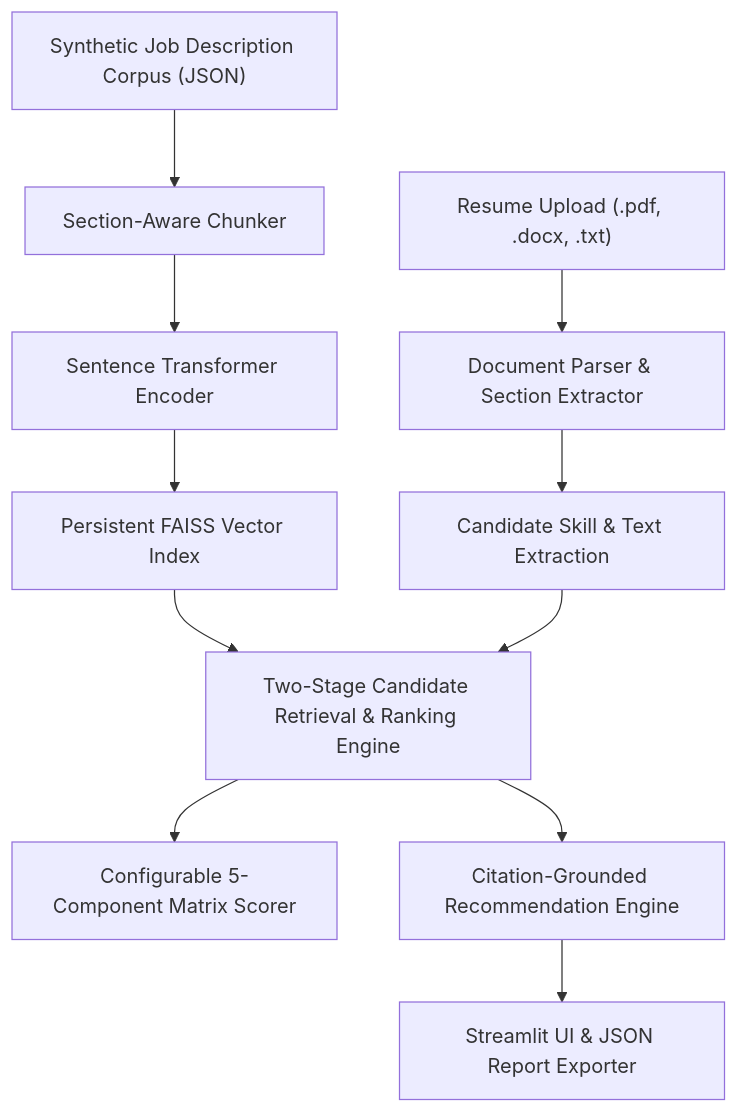
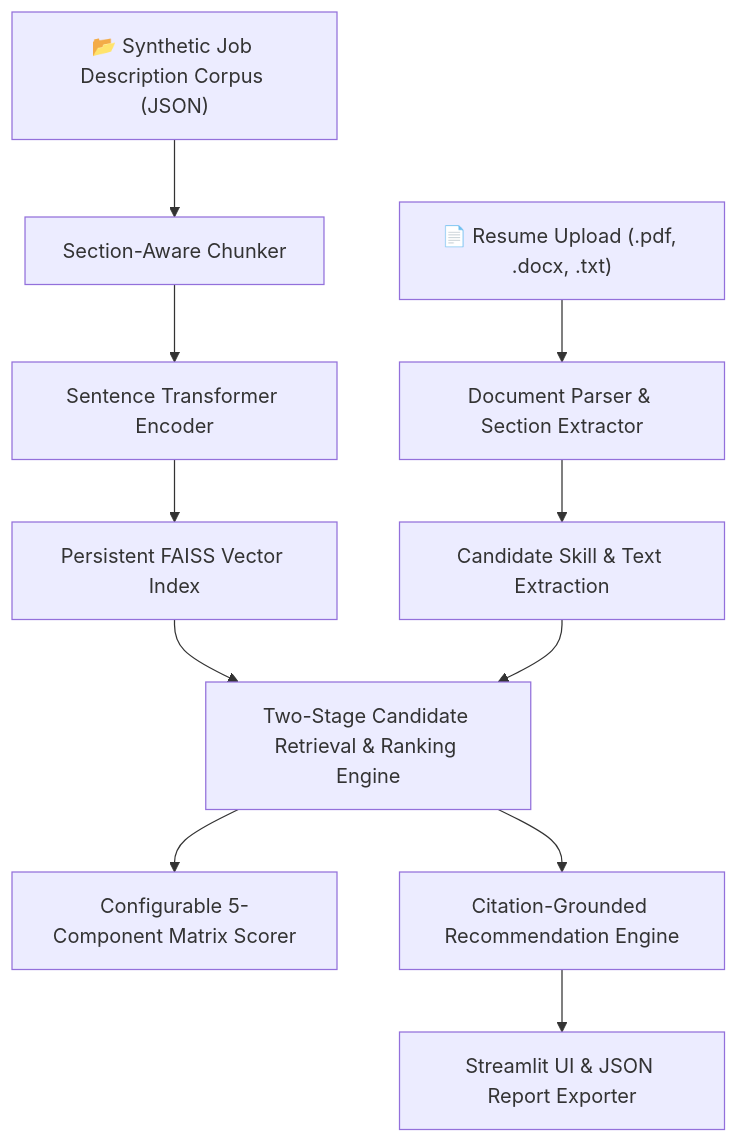
One commit to shivangisrivastava013/AI-Career-RAG-Assistant changed the diagram in README.md. Above: the diagram before and after it, drawn with Mermaid. The commit also changed other lines of this file and 1 other file, not shown here.

````diff
--- a/README.md
+++ b/README.md
@@ -22,13 +28,13 @@
 ```mermaid
 flowchart TD
-    A["Resume Upload (.pdf, .docx, .txt)"] --> B["Document Parser & Section Extractor"]
-    C["Synthetic Job Description Corpus (JSON)"] --> D["Section-Aware Chunker"]
+    A["📄 Resume Upload (.pdf, .docx, .txt)"] --> B["Document Parser & Section Extractor"]
+    C["📂 Synthetic Job Description Corpus (JSON)"] --> D["Section-Aware Chunker"]
     D --> E["Sentence Transformer Encoder"]
     E --> F["Persistent FAISS Vector Index"]
     B --> G["Candidate Skill & Text Extraction"]
     F --> H["Two-Stage Candidate Retrieval & Ranking Engine"]
     G --> H
     H --> I["Configurable 5-Component Matrix Scorer"]
     H --> J["Citation-Grounded Recommendation Engine"]
     J --> K["Streamlit UI & JSON Report Exporter"]
 ```
````
